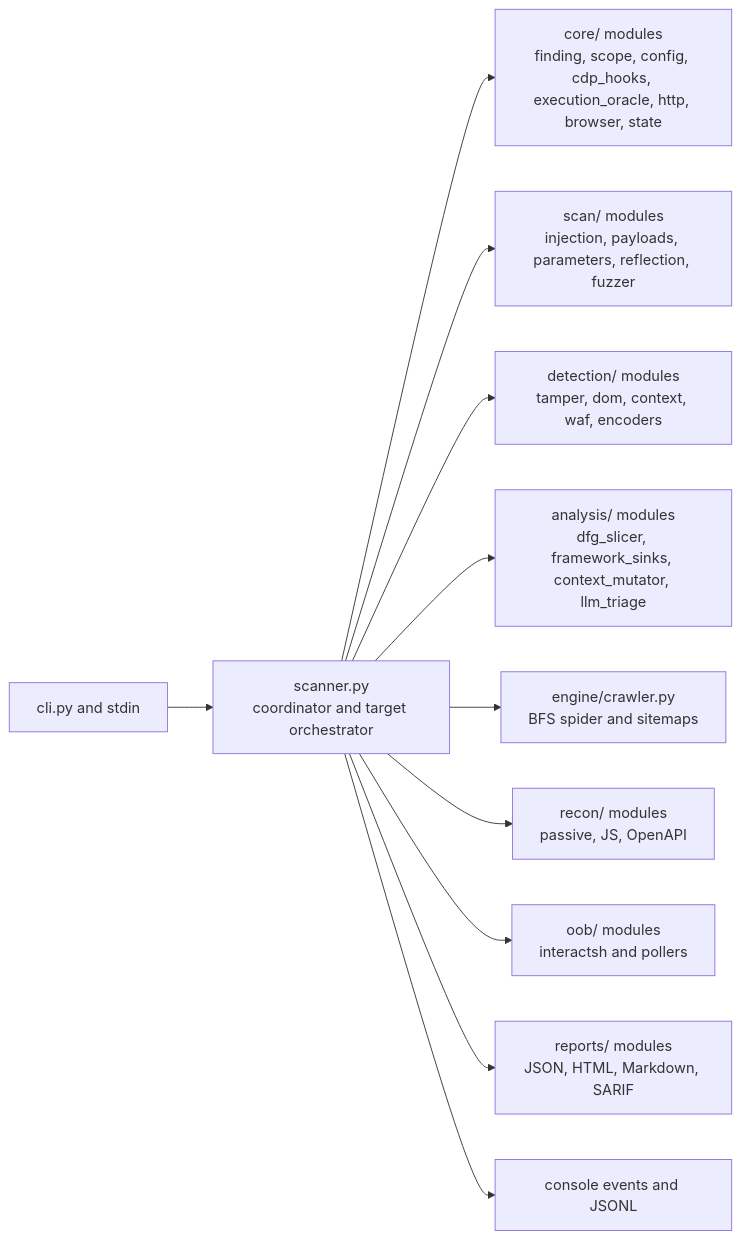
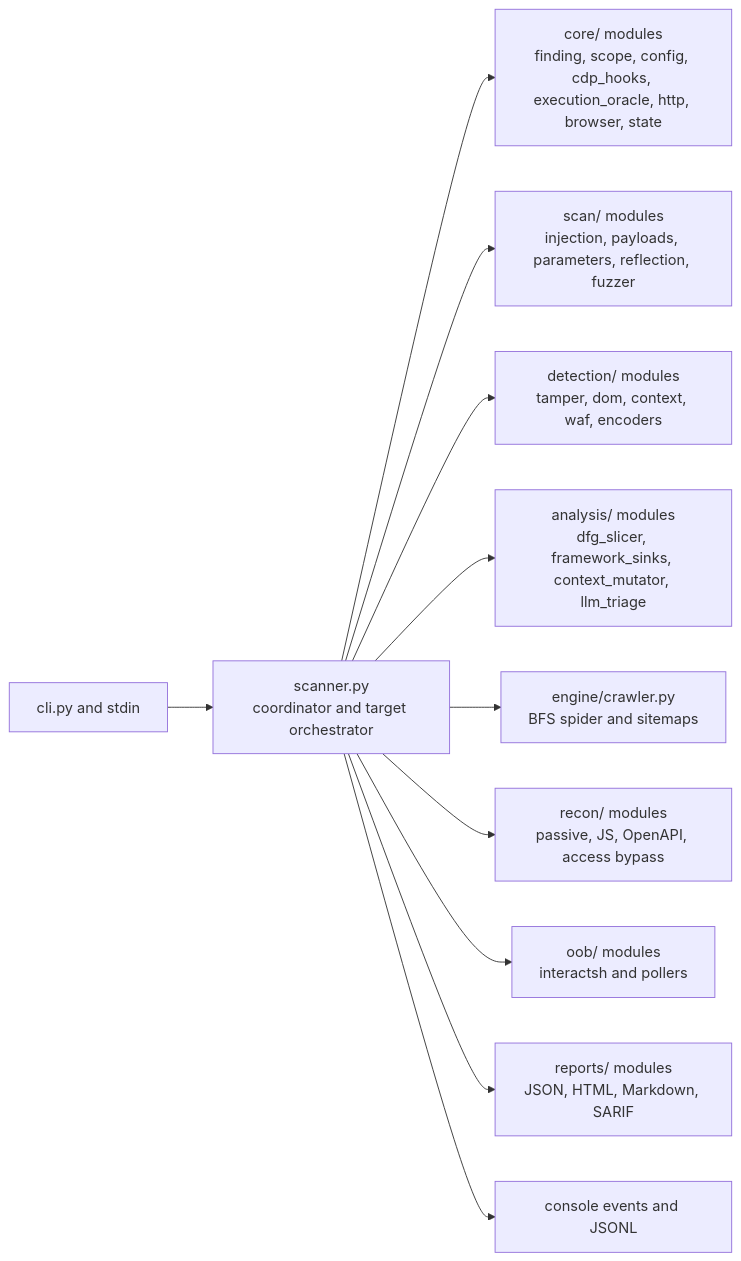
Before and after one commit to gl1tch0x1/xoxss: the second of 3 diagrams in README.md, drawn with Mermaid. The commit also changed other lines of this file and 11 other files, not shown here.

Commit message:
feat(recon): add verified 401/403 bypass and harden fuzzing

````diff
--- a/README.md
+++ b/README.md
@@ -925,13 +980,13 @@
 ```mermaid
 flowchart LR
     CLI["cli.py and stdin"] --> SCAN["scanner.py<br/>coordinator and target orchestrator"]
     SCAN --> CORE["core/ modules<br/>finding, scope, config, cdp_hooks, execution_oracle, http, browser, state"]
     SCAN --> SCAN_MOD["scan/ modules<br/>injection, payloads, parameters, reflection, fuzzer"]
     SCAN --> DETECT["detection/ modules<br/>tamper, dom, context, waf, encoders"]
     SCAN --> ANALYSIS["analysis/ modules<br/>dfg_slicer, framework_sinks, context_mutator, llm_triage"]
     SCAN --> CRAWLER["engine/crawler.py<br/>BFS spider and sitemaps"]
-    SCAN --> RECON["recon/ modules<br/>passive, JS, OpenAPI"]
+    SCAN --> RECON["recon/ modules<br/>passive, JS, OpenAPI, access bypass"]
     SCAN --> OOB["oob/ modules<br/>interactsh and pollers"]
     SCAN --> REPORTS["reports/ modules<br/>JSON, HTML, Markdown, SARIF"]
     SCAN --> EVENTS["console events and JSONL"]
 ```
````
